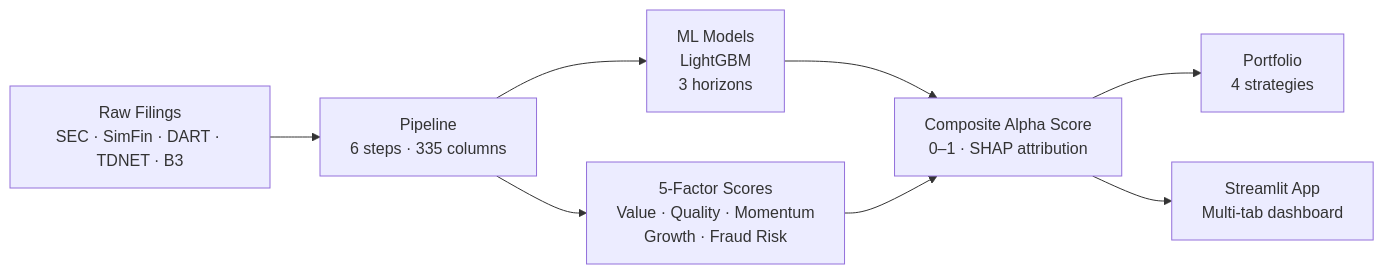
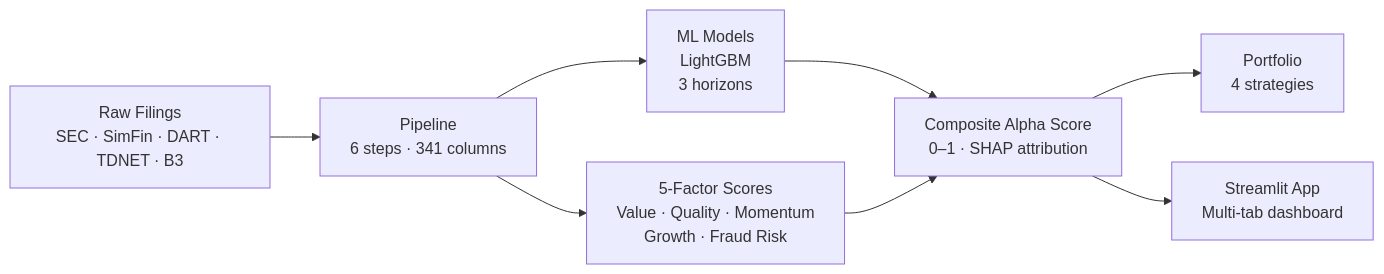
The diagram in docs/index.md (sherlock718/stock-fraud-screener), drawn with Mermaid before and after one commit. The commit also changed other lines of this file and 5 other files, not shown here.

````diff
--- a/docs/index.md
+++ b/docs/index.md
@@ -75,10 +75,10 @@
 ```mermaid
 graph LR
-    A["Raw Filings<br/>SEC · SimFin · DART · TDNET · B3"] --> B["Pipeline<br/>6 steps · 335 columns"]
+    A["Raw Filings<br/>SEC · SimFin · DART · TDNET · B3"] --> B["Pipeline<br/>6 steps · 341 columns"]
     B --> C["ML Models<br/>LightGBM<br/>3 horizons"]
     B --> D["5-Factor Scores<br/>Value · Quality · Momentum<br/>Growth · Fraud Risk"]
     C --> E["Composite Alpha Score<br/>0–1 · SHAP attribution"]
     D --> E
     E --> F["Portfolio<br/>4 strategies"]
     E --> G["Streamlit App<br/>Multi-tab dashboard"]
 ```
````
